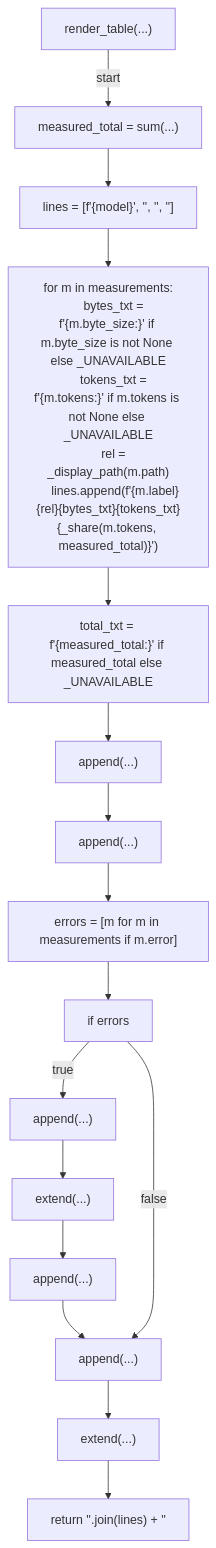
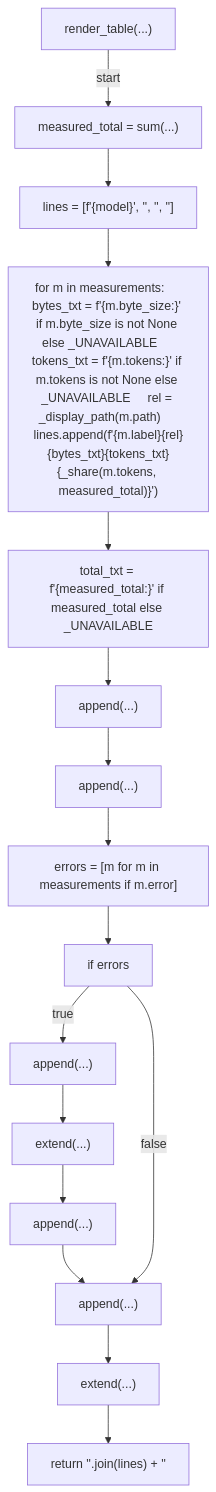
The sixth of 10 diagrams in docs/generated/scripts/ast/measure_prefix_tokens.md (tvna/claude-md), drawn with Mermaid before and after one commit. The commit also changed other lines of this file and 30 other files, not shown here.

First line of the commit message:
docs(generated): regenerate decision tree and workflow diagrams (batch 2/5)

````diff
--- a/docs/generated/scripts/ast/measure_prefix_tokens.md
+++ b/docs/generated/scripts/ast/measure_prefix_tokens.md
@@ -78,37 +78,33 @@
 ```mermaid
 flowchart TD
     N001["render_table(...)"]
     N002["measured_total = sum(...)"]
     N003["lines = [f'<str>{model}<str>', '<str>', '<str>', '<str>']"]
-    N004["for m in measurements:
-    bytes_txt = f'{m.byte_size:<str>}' if m.byte_size is not None else _UNAVAILABLE
-    tokens_txt = f'{m.tokens:<str>}' if m.tokens is not None else _UNAVAILABLE
-    rel = _display_path(m.path)
-    lines.append(f'<str>{m.label}<str>{rel}<str>{bytes_txt}<str>{tokens_txt}<str>{_share(m.tokens, measured_total)}<str>')"]
+    N004["for m in measurements:     bytes_txt = f'{m.byte_size:<str>}' if m.byte_size is not None else _UNAVAILABLE     tokens_txt = f'{m.tokens:<str>}' if m.tokens is not None else _UNAVAILABLE     rel = _display_path(m.path)     lines.append(f'<str>{m.label}<str>{rel}<str>{bytes_txt}<str>{tokens_txt}<str>{_share(m.tokens, measured_total)}<str>')"]
     N005["total_txt = f'{measured_total:<str>}' if measured_total else _UNAVAILABLE"]
     N006["append(...)"]
     N007["append(...)"]
     N008["errors = [m for m in measurements if m.error]"]
     N009["if errors"]
     N010["append(...)"]
     N011["extend(...)"]
     N012["append(...)"]
     N013["append(...)"]
     N014["extend(...)"]
     N015["return '<str>'.join(lines) + '<str>'"]
     N001 -->|"start"| N002
     N002 --> N003
     N003 --> N004
     N004 --> N005
     N005 --> N006
     N006 --> N007
     N007 --> N008
     N008 --> N009
     N009 -->|"true"| N010
     N010 --> N011
     N011 --> N012
     N012 --> N013
     N009 -->|"false"| N013
     N013 --> N014
     N014 --> N015
 ```
````
